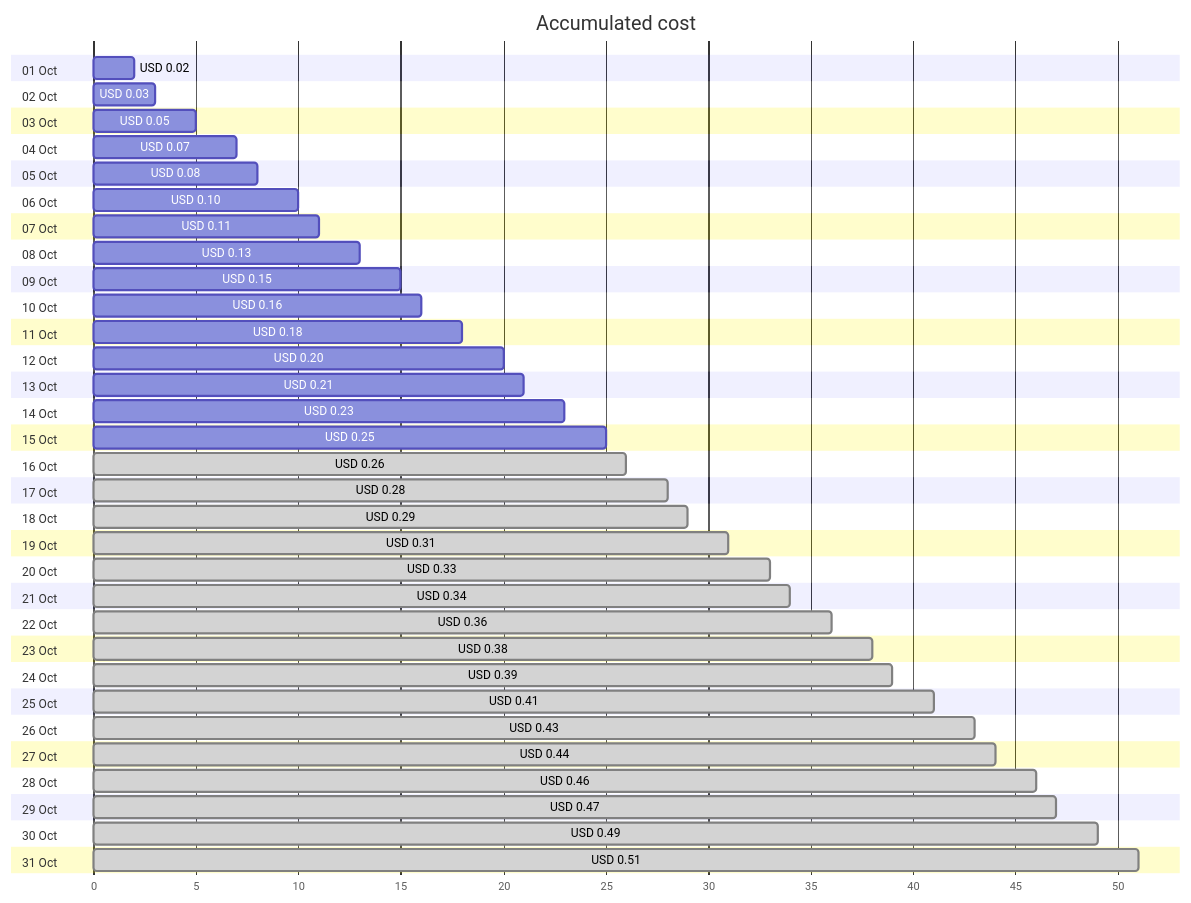
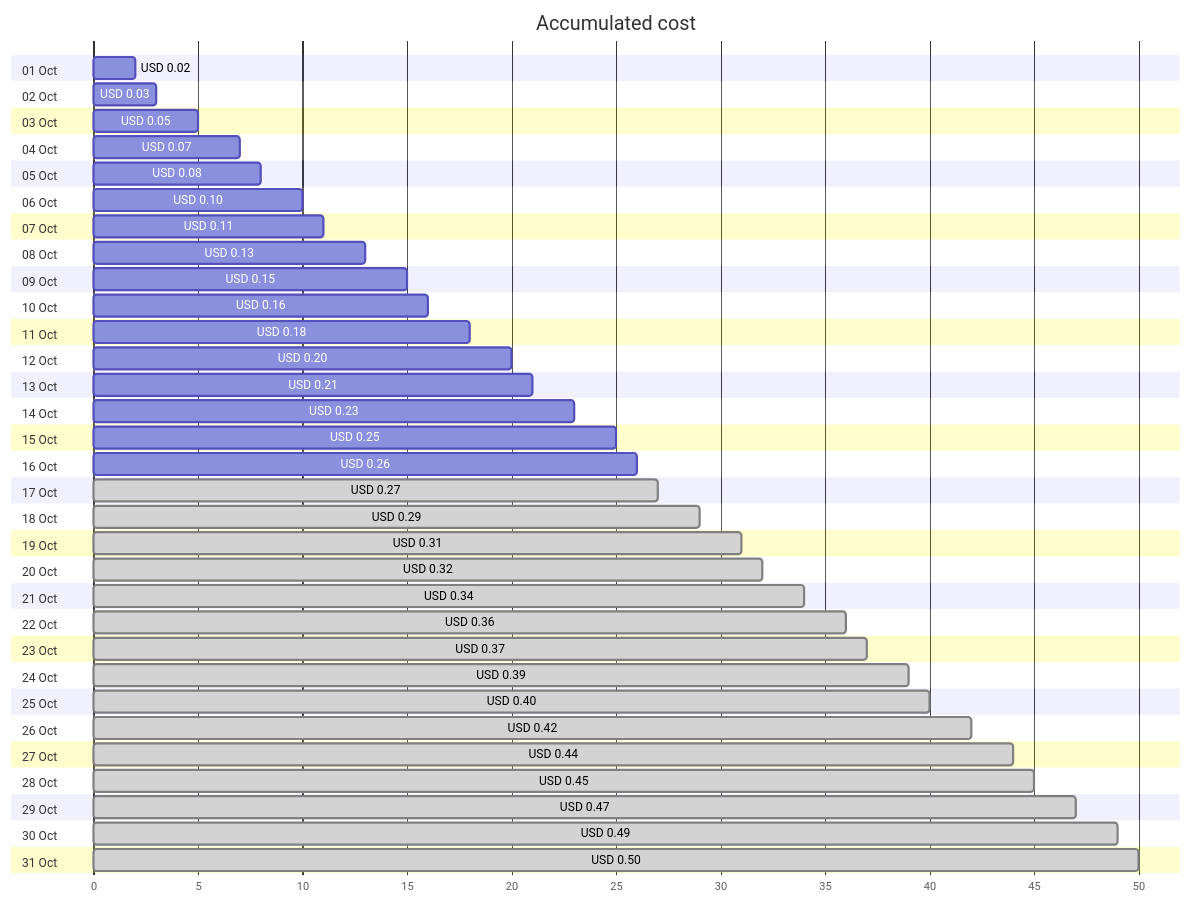
One commit to jpfulton/azure-personal-reports changed the first of 4 diagrams in cost-reports/personal-dns/jpatrickfulton.dev.md. Above: the diagram before and after it, drawn with Mermaid. The commit also changed other lines of this file and 2 other files, not shown here.

````diff
--- a/cost-reports/personal-dns/jpatrickfulton.dev.md
+++ b/cost-reports/personal-dns/jpatrickfulton.dev.md
@@ -20,68 +20,68 @@
 ```mermaid
 gantt
    title Accumulated cost
    dateFormat  X
    axisFormat %s
    section 01 Oct
    USD 0.02 :0, 2
    section 02 Oct
    USD 0.03 :0, 3
    section 03 Oct
    USD 0.05 :0, 5
    section 04 Oct
    USD 0.07 :0, 7
    section 05 Oct
    USD 0.08 :0, 8
    section 06 Oct
    USD 0.10 :0, 10
    section 07 Oct
    USD 0.11 :0, 11
    section 08 Oct
    USD 0.13 :0, 13
    section 09 Oct
    USD 0.15 :0, 15
    section 10 Oct
    USD 0.16 :0, 16
    section 11 Oct
    USD 0.18 :0, 18
    section 12 Oct
    USD 0.20 :0, 20
    section 13 Oct
    USD 0.21 :0, 21
    section 14 Oct
    USD 0.23 :0, 23
    section 15 Oct
    USD 0.25 :0, 25
    section 16 Oct
-   USD 0.26 : done, 0, 26
+   USD 0.26 :0, 26
    section 17 Oct
-   USD 0.28 : done, 0, 28
+   USD 0.27 : done, 0, 27
    section 18 Oct
    USD 0.29 : done, 0, 29
    section 19 Oct
    USD 0.31 : done, 0, 31
    section 20 Oct
-   USD 0.33 : done, 0, 33
+   USD 0.32 : done, 0, 32
    section 21 Oct
    USD 0.34 : done, 0, 34
    section 22 Oct
    USD 0.36 : done, 0, 36
    section 23 Oct
-   USD 0.38 : done, 0, 38
+   USD 0.37 : done, 0, 37
    section 24 Oct
    USD 0.39 : done, 0, 39
    section 25 Oct
-   USD 0.41 : done, 0, 41
+   USD 0.40 : done, 0, 40
    section 26 Oct
-   USD 0.43 : done, 0, 43
+   USD 0.42 : done, 0, 42
    section 27 Oct
    USD 0.44 : done, 0, 44
    section 28 Oct
-   USD 0.46 : done, 0, 46
+   USD 0.45 : done, 0, 45
    section 29 Oct
    USD 0.47 : done, 0, 47
    section 30 Oct
    USD 0.49 : done, 0, 49
    section 31 Oct
-   USD 0.51 : done, 0, 51
+   USD 0.50 : done, 0, 50
 ```
````
